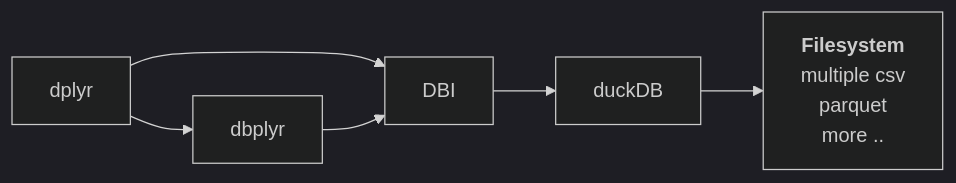
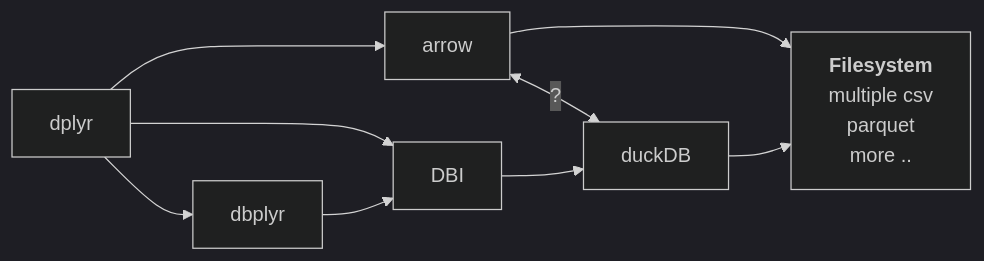
Before and after one commit to ruralinnovation/wiki: the diagram in parquet_bs.qmd, drawn with Mermaid (dark theme). The commit also changed other lines of this file, not shown here.

Commit message:
simplify workflow

````diff
--- a/parquet_bs.qmd
+++ b/parquet_bs.qmd
@@ -97,11 +82,19 @@
 ```{mermaid}
 flowchart LR
+dplyr --> arrow
+arrow --> filesystem["`**Filesystem**
+    multiple csv
+    parquet
+    more ..`"]
+
+arrow <-->|?| duckDB
+
 dplyr --> dbplyr
 dplyr --> DBI
 dbplyr --> DBI 
 DBI --> duckDB
 duckDB --> filesystem["`**Filesystem**
     multiple csv
     parquet
     more ..`"]
 ```
````
